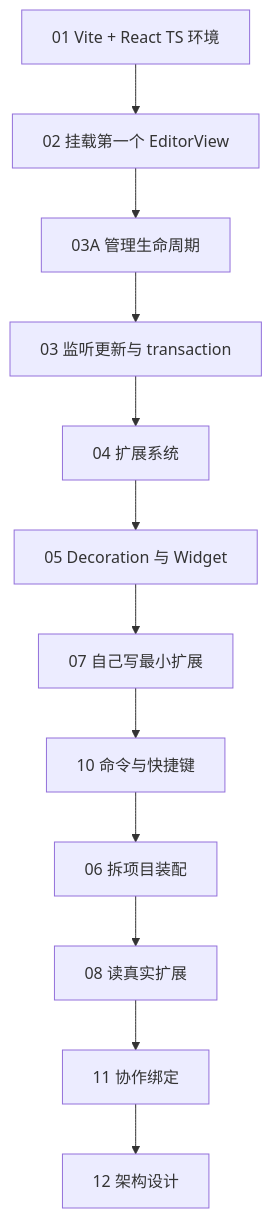
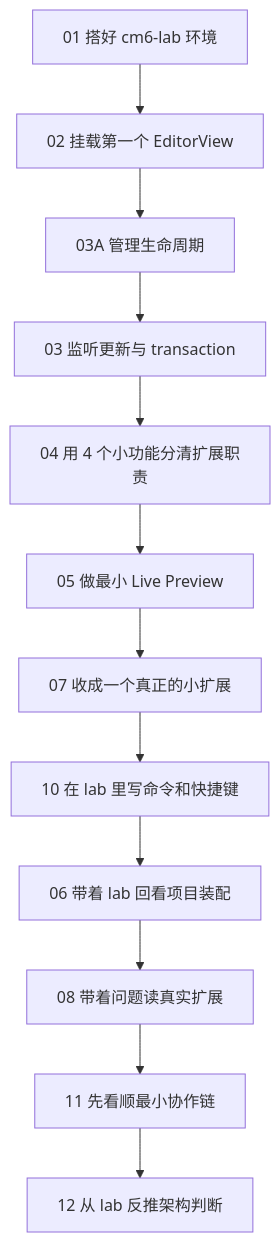
One commit to swarm-apps/SwarmNote changed the diagram in dev-notes/cm6-from-0-to-1/README.md. Above: the diagram before and after it, drawn with Mermaid. The commit also changed other lines of this file and 9 other files, not shown here.

````diff
--- a/dev-notes/cm6-from-0-to-1/README.md
+++ b/dev-notes/cm6-from-0-to-1/README.md
@@ -74,14 +74,14 @@
 ```mermaid
 graph TD
-    A[01 Vite + React TS 环境] --> B[02 挂载第一个 EditorView]
+    A[01 搭好 cm6-lab 环境] --> B[02 挂载第一个 EditorView]
     B --> C[03A 管理生命周期]
     C --> D[03 监听更新与 transaction]
-    D --> E[04 扩展系统]
-    E --> F[05 Decoration 与 Widget]
-    F --> G[07 自己写最小扩展]
-    G --> H[10 命令与快捷键]
-    H --> I[06 拆项目装配]
-    I --> J[08 读真实扩展]
-    J --> K[11 协作绑定]
-    K --> L[12 架构设计]
+    D --> E[04 用 4 个小功能分清扩展职责]
+    E --> F[05 做最小 Live Preview]
+    F --> G[07 收成一个真正的小扩展]
+    G --> H[10 在 lab 里写命令和快捷键]
+    H --> I[06 带着 lab 回看项目装配]
+    I --> J[08 带着问题读真实扩展]
+    J --> K[11 先看顺最小协作链]
+    K --> L[12 从 lab 反推架构判断]
 ```
````
